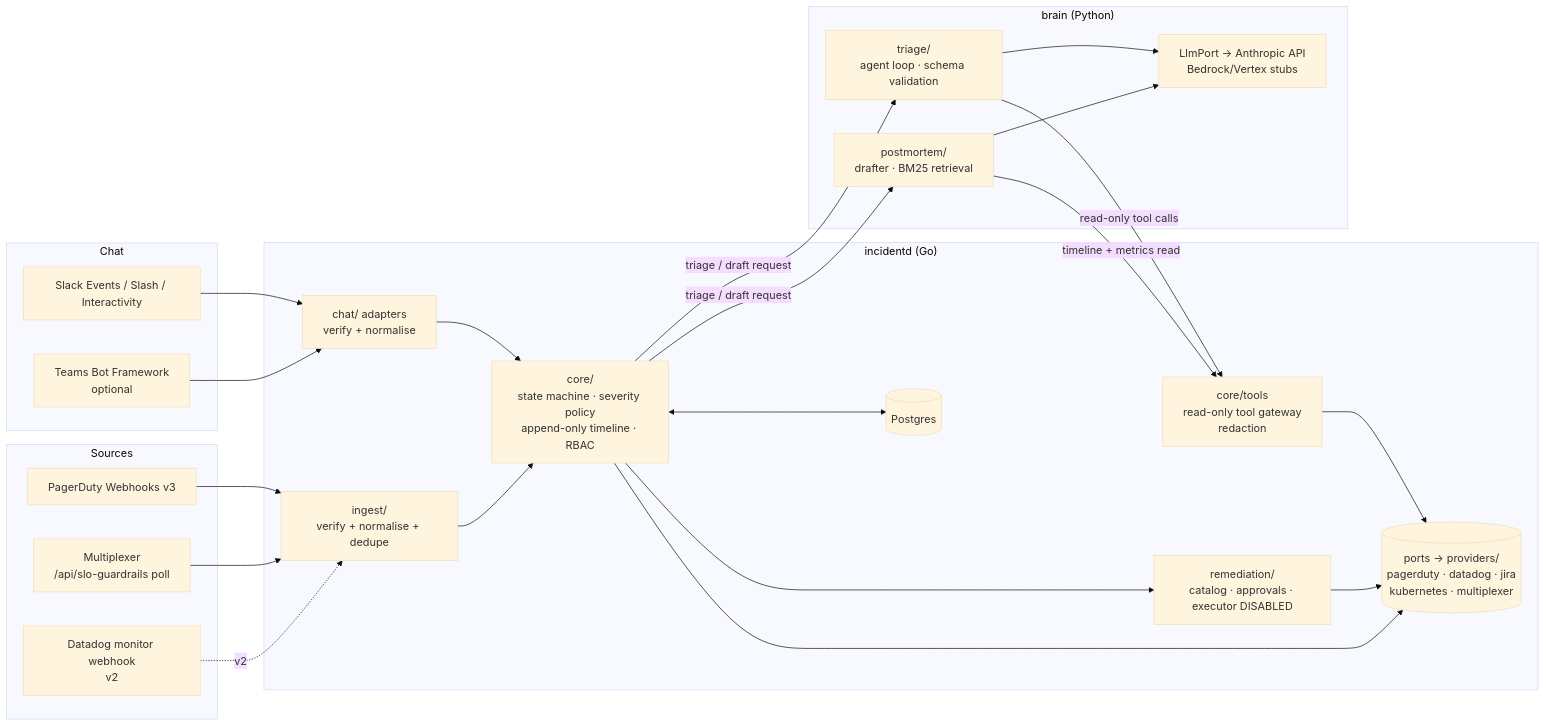
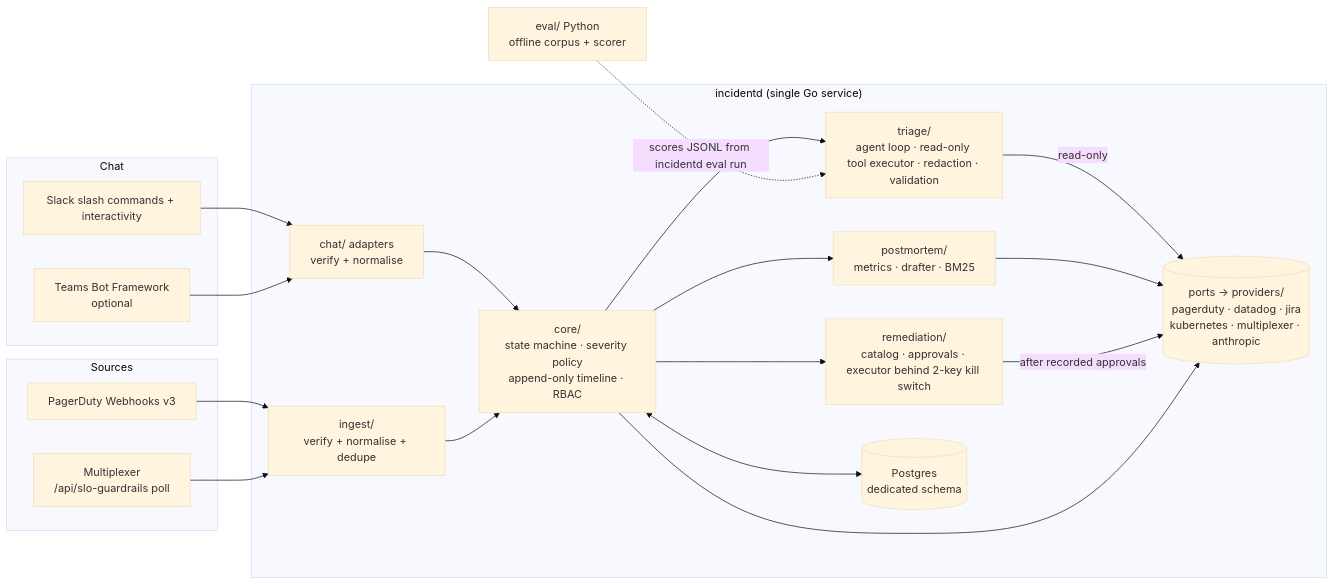
The first of 3 diagrams in docs/architecture.md (streetsmartops/Incident-Management-Chatbot), drawn with Mermaid (base theme) before and after one commit. The commit also changed other lines of this file and 59 other files, not shown here.

First line of the commit message:
feat: wire incidentd binary, eval harness, deploy manifests and docs

````diff
--- a/docs/architecture.md
+++ b/docs/architecture.md
@@ -34,47 +37,39 @@
 ```mermaid
 flowchart LR
   subgraph Chat
-    SL[Slack Events / Slash / Interactivity]
+    SL[Slack slash commands + interactivity]
     TM[Teams Bot Framework<br/>optional]
   end
   subgraph Sources
     PDW[PagerDuty Webhooks v3]
     MPX[Multiplexer<br/>/api/slo-guardrails poll]
-    DDW[Datadog monitor webhook<br/>v2]
   end
 
-  subgraph incidentd["incidentd (Go)"]
+  subgraph incidentd["incidentd (single Go service)"]
     CA[chat/ adapters<br/>verify + normalise]
     IN[ingest/<br/>verify + normalise + dedupe]
     CORE[core/<br/>state machine · severity policy<br/>append-only timeline · RBAC]
-    REM[remediation/<br/>catalog · approvals · executor DISABLED]
-    TG[core/tools<br/>read-only tool gateway<br/>redaction]
-    P[(ports → providers/<br/>pagerduty · datadog · jira<br/>kubernetes · multiplexer)]
-    DB[(Postgres)]
+    REM[remediation/<br/>catalog · approvals · executor behind 2-key kill switch]
+    TR[triage/<br/>agent loop · read-only tool executor · redaction · validation]
+    PM[postmortem/<br/>metrics · drafter · BM25]
+    P[(ports → providers/<br/>pagerduty · datadog · jira<br/>kubernetes · multiplexer · anthropic)]
+    DB[(Postgres<br/>dedicated schema)]
   end
-
-  subgraph brain["brain (Python)"]
-    TR[triage/<br/>agent loop · schema validation]
-    PM[postmortem/<br/>drafter · BM25 retrieval]
-    LLM[LlmPort → Anthropic API<br/>Bedrock/Vertex stubs]
-  end
+  EV[eval/ Python<br/>offline corpus + scorer]
 
   SL --> CA
   TM --> CA
   PDW --> IN
   MPX --> IN
-  DDW -.v2.-> IN
   CA --> CORE
   IN --> CORE
   CORE <--> DB
   CORE --> REM
-  CORE -- "triage / draft request" --> TR
-  CORE -- "triage / draft request" --> PM
-  TR -- "read-only tool calls" --> TG
-  PM -- "timeline + metrics read" --> TG
-  TG --> P
-  REM --> P
+  CORE --> TR
+  CORE --> PM
+  TR -- read-only --> P
+  PM --> P
+  REM -- after recorded approvals --> P
   CORE --> P
-  TR --> LLM
-  PM --> LLM
+  EV -. scores JSONL from incidentd eval run .-> TR
 ```
````
